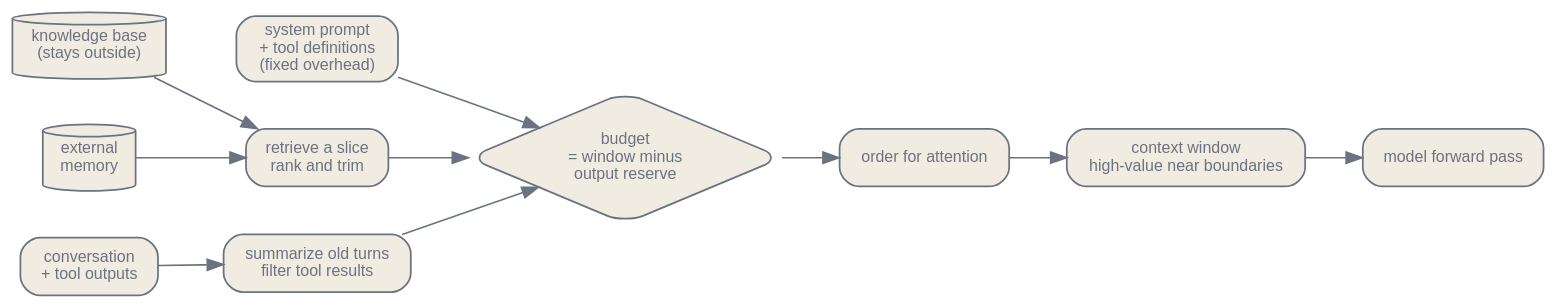
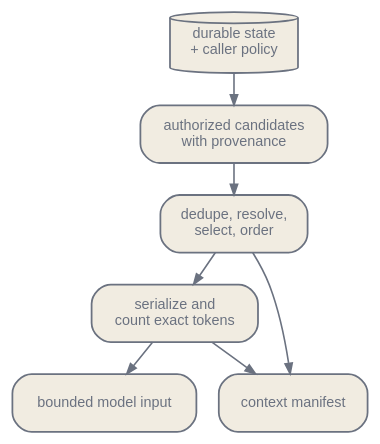
The diagram in en/orchestration/10-context-engineering.qmd (latere-ai/ai-as-an-infrastructure), drawn with Graphviz before and after one commit. The commit also changed other lines of this file and 4 other files, not shown here.

````diff
--- a/en/orchestration/10-context-engineering.qmd
+++ b/en/orchestration/10-context-engineering.qmd
@@ -339,35 +280,23 @@
 ```{dot}
 //| label: fig-ce-pipeline
-//| fig-cap: "Context as an assembled pipeline. Sources are budgeted, retrieved as slices, compressed, then ordered so high-value parts land near the boundaries."
+//| fig-cap: "A context assembler produces both a bounded model input and a replayable manifest. Authorization precedes selection; durable state remains outside the model call."
 digraph {
   bgcolor="transparent";
-  rankdir=LR;
-  nodesep=0.4; ranksep=0.5;
-  node [shape=box, style="rounded,filled", fontname="Helvetica", fontsize=10, color="#6b7280", fontcolor="#6b7280", fillcolor="#f1ece1", penwidth=1.1];
-  edge [fontsize=10, fontname="Helvetica", color="#6b7280", fontcolor="#6b7280"];
+  rankdir=TB;
+  nodesep=0.20;
+  ranksep=0.28;
+  node [shape=box, style="rounded,filled", fontname="Helvetica", fontsize=9, color="#6b7280", fontcolor="#6b7280", fillcolor="#f1ece1", penwidth=1.1];
+  edge [color="#6b7280", arrowsize=0.65];
 
-  sys [label="system prompt\n+ tool definitions\n(fixed overhead)"];
-  corpus [label="knowledge base\n(stays outside)", shape=cylinder];
-  hist [label="conversation\n+ tool outputs"];
-  mem [label="external\nmemory", shape=cylinder];
+  state [label="durable state\n+ caller policy", shape=cylinder];
+  candidates [label="authorized candidates\nwith provenance"];
+  select [label="dedupe, resolve,\nselect, order"];
+  render [label="serialize and\ncount exact tokens"];
+  input [label="bounded model input"];
+  manifest [label="context manifest"];
 
-  ret [label="retrieve a slice\nrank and trim"];
-  comp [label="summarize old turns\nfilter tool results"];
-  budget [label="budget\n= window minus\noutput reserve", shape=diamond];
-  order [label="order for attention"];
-  win [label="context window\nhigh-value near boundaries"];
-  model [label="model forward pass"];
-
-  corpus -> ret;
-  hist -> comp;
-  mem -> ret;
-
-  sys -> budget;
-  ret -> budget;
-  comp -> budget;
-
-  budget -> order;
-  order -> win;
-  win -> model;
+  state -> candidates -> select -> render -> input;
+  select -> manifest;
+  render -> manifest;
 }
 ```
````
